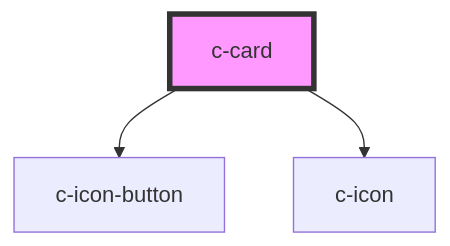
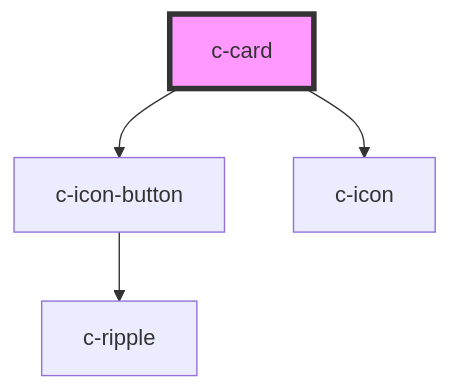
The diagram in packages/csc-ui/src/components/c-card/readme.md (CSCfi/ui), drawn with Mermaid before and after one commit. The commit also changed other lines of this file and 151 other files, not shown here.

````diff
--- a/packages/csc-ui/src/components/c-card/readme.md
+++ b/packages/csc-ui/src/components/c-card/readme.md
@@ -55,6 +55,7 @@
 ```mermaid
 graph TD;
   c-card --> c-icon-button
   c-card --> c-icon
+  c-icon-button --> c-ripple
   style c-card fill:#f9f,stroke:#333,stroke-width:4px
 ```
````
